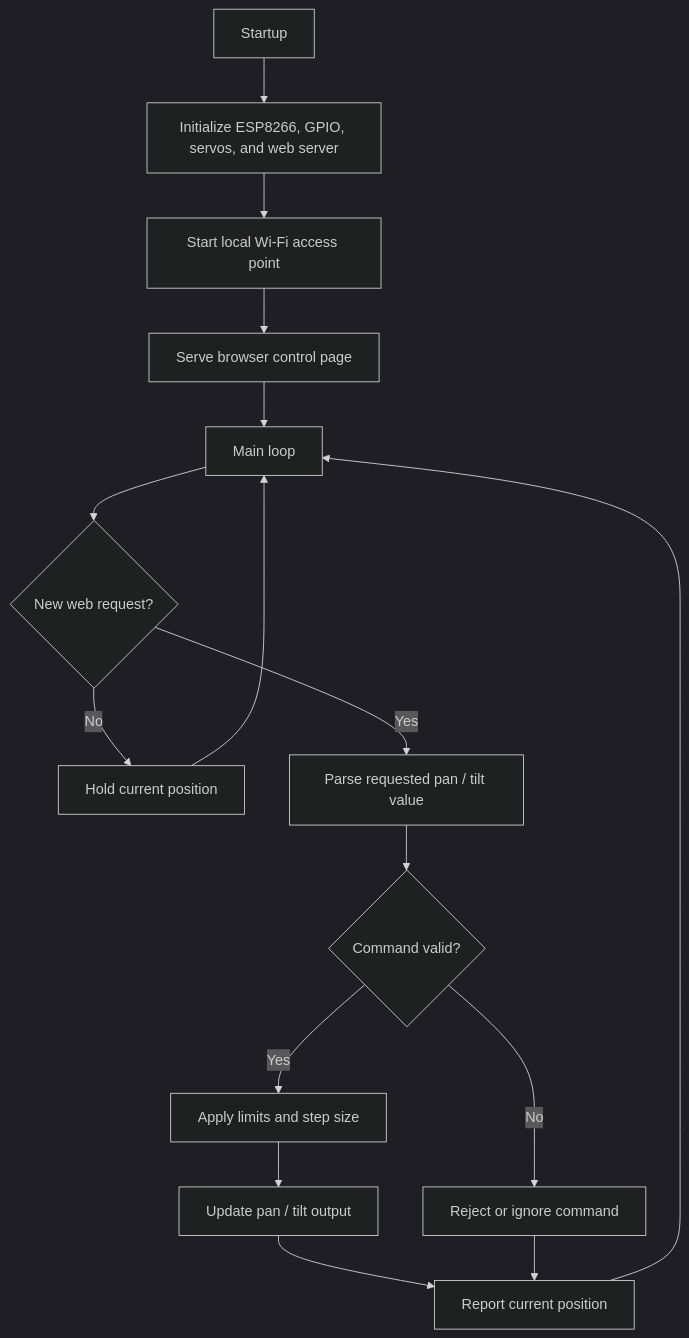
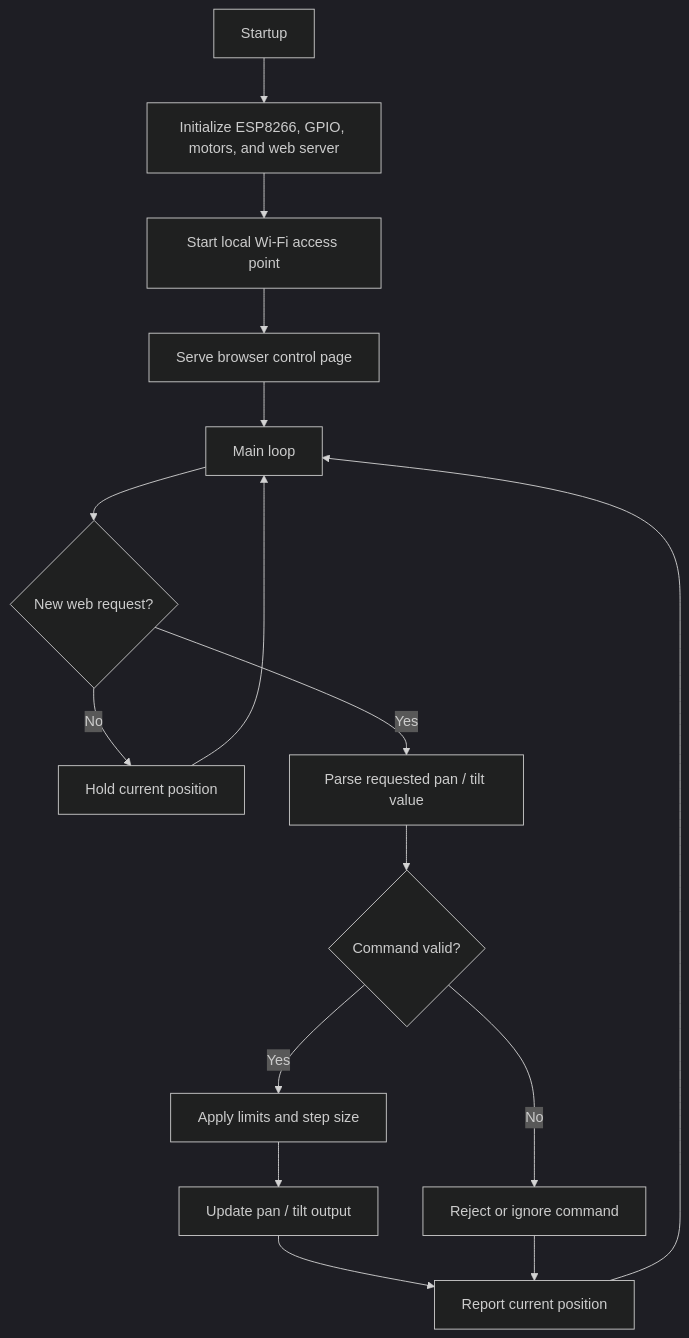
The second of 2 diagrams in README.md (Phoenixjack/Pan-Tilt-Platform), drawn with Mermaid (dark theme) before and after one commit. The commit also changed other lines of this file, not shown here.

````diff
--- a/README.md
+++ b/README.md
@@ -77,21 +66,21 @@
 ```mermaid
 flowchart TD
-    START[Startup] --> INIT[Initialize ESP8266, GPIO, servos, and web server]
+    START[Startup] --> INIT[Initialize ESP8266, GPIO, motors, and web server]
     INIT --> AP[Start local Wi-Fi access point]
     AP --> PAGE[Serve browser control page]
     PAGE --> LOOP[Main loop]
 
     LOOP --> REQ{New web request?}
     REQ -- No --> HOLD[Hold current position]
     REQ -- Yes --> PARSE[Parse requested pan / tilt value]
 
     PARSE --> VALID{Command valid?}
     VALID -- No --> REJECT[Reject or ignore command]
     VALID -- Yes --> LIMIT[Apply limits and step size]
 
     LIMIT --> MOVE[Update pan / tilt output]
     MOVE --> REPORT[Report current position]
     REJECT --> REPORT
     HOLD --> LOOP
     REPORT --> LOOP
 ```
````
